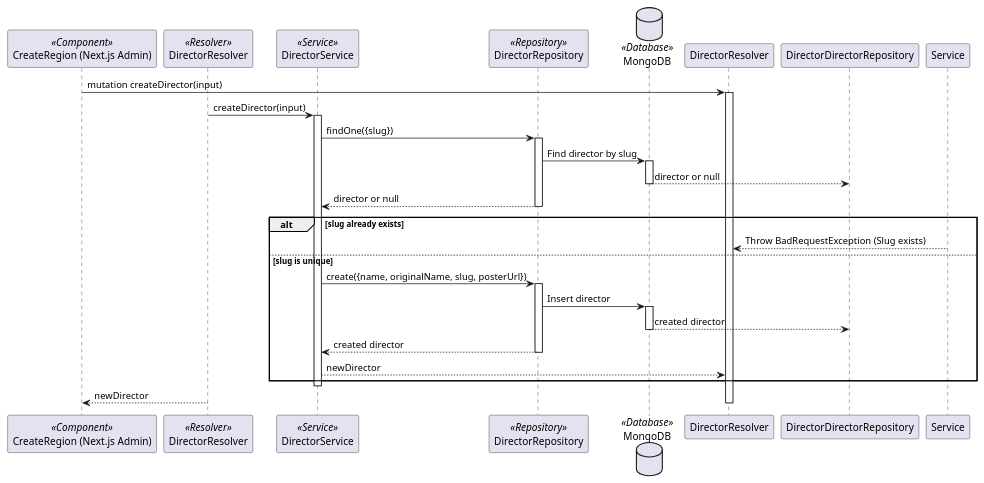
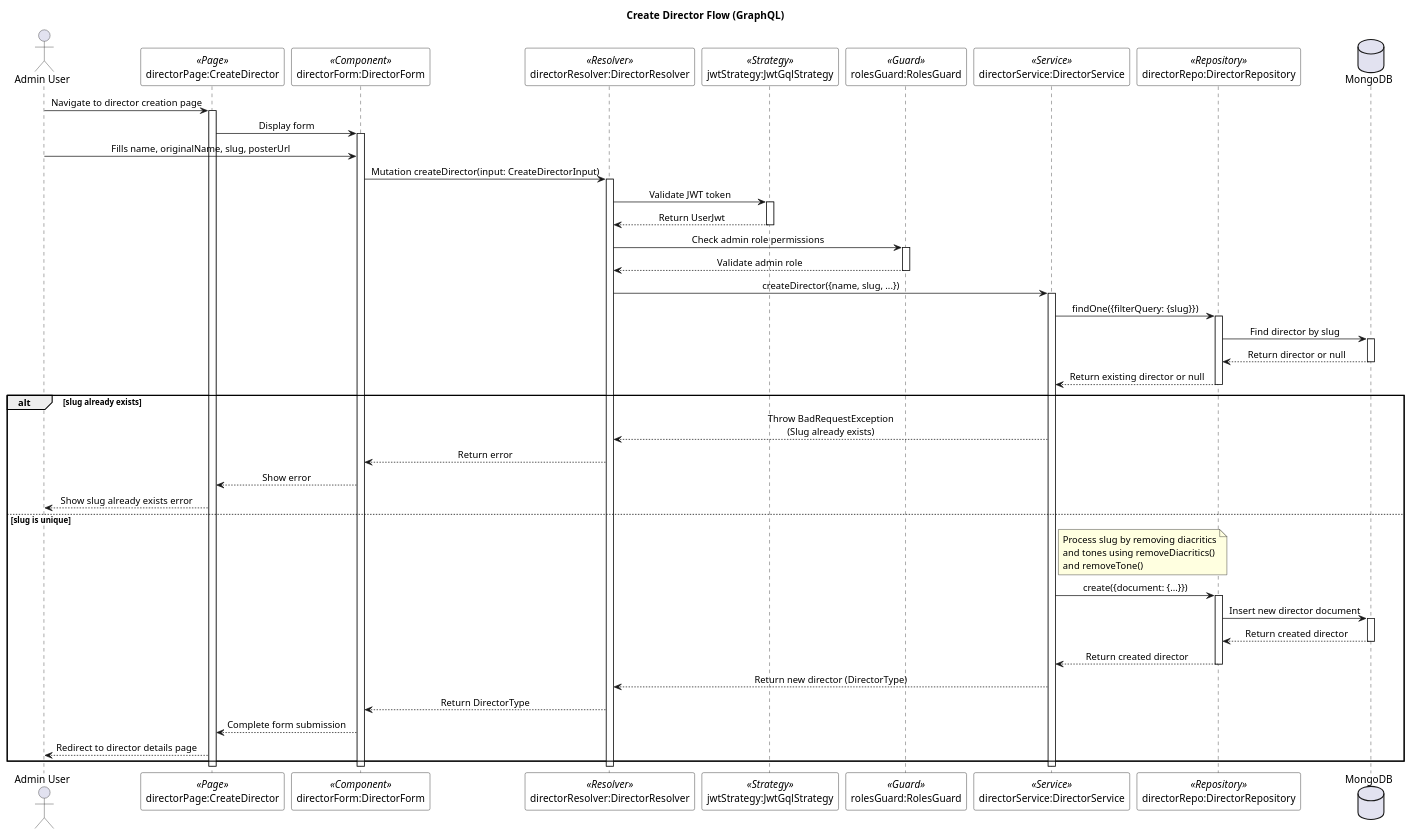
Before and after one commit to lehuygiang28/vphim: the diagram in documents/diagram/sequences/directors/create-director.puml, drawn with PlantUML. The commit also changed 5 other files, not shown here.

First line of the commit message:
refactor(diagrams/sequences/directors): 🛠️ update director management flow diagrams

```diff
--- a/documents/diagram/sequences/directors/create-director.puml
+++ b/documents/diagram/sequences/directors/create-director.puml
@@ -1,39 +1,88 @@
 @startuml Create Director Flow
 
-' Stereotypes: <<Component>>, <<Resolver>>, <<Service>>, <<Repository>>, <<Database>>
-participant "CreateRegion (Next.js Admin)" as CreateRegion <<Component>>
-participant "DirectorResolver" as Resolver <<Resolver>>
-participant "DirectorService" as DirectorService <<Service>>
-participant "DirectorRepository" as DirectorRepository <<Repository>>
-database "MongoDB" as DB <<Database>>
+skinparam SequenceMessageAlignment center
+skinparam SequenceBoxBackgroundColor white
+skinparam SequenceBoxBorderColor black
+skinparam NoteBackgroundColor lightyellow
+skinparam NoteBorderColor black
+skinparam ParticipantBackgroundColor white
+skinparam ParticipantBorderColor black
 
-CreateRegion -> DirectorResolver: mutation createDirector(input)
-activate DirectorResolver
-Resolver -> DirectorService: createDirector(input)
-activate DirectorService
-DirectorService -> DirectorRepository: findOne({slug})
-activate DirectorRepository
-DirectorRepository -> DB: Find director by slug
-activate DB
-DB --> DirectorDirectorRepository: director or null
-deactivate DB
-DirectorRepository --> DirectorService: director or null
-deactivate DirectorRepository
+title Create Director Flow (GraphQL)
+
+actor "Admin User" as adminUser
+participant "directorPage:CreateDirector" as directorPage <<Page>>
+participant "directorForm:DirectorForm" as directorForm <<Component>>
+participant "directorResolver:DirectorResolver" as directorResolver <<Resolver>>
+participant "jwtStrategy:JwtGqlStrategy" as jwtStrategy <<Strategy>>
+participant "rolesGuard:RolesGuard" as rolesGuard <<Guard>>
+participant "directorService:DirectorService" as directorService <<Service>>
+participant "directorRepo:DirectorRepository" as directorRepo <<Repository>>
+database "MongoDB" as mongoDB
+
+adminUser -> directorPage : Navigate to director creation page
+activate directorPage
+
+directorPage -> directorForm : Display form
+activate directorForm
+
+adminUser -> directorForm : Fills name, originalName, slug, posterUrl
+
+directorForm -> directorResolver : Mutation createDirector(input: CreateDirectorInput)
+activate directorResolver
+
+directorResolver -> jwtStrategy : Validate JWT token
+activate jwtStrategy
+jwtStrategy --> directorResolver : Return UserJwt
+deactivate jwtStrategy
+
+directorResolver -> rolesGuard : Check admin role permissions
+activate rolesGuard
+rolesGuard --> directorResolver : Validate admin role
+deactivate rolesGuard
+
+directorResolver -> directorService : createDirector({name, slug, ...})
+activate directorService
+
+directorService -> directorRepo : findOne({filterQuery: {slug}})
+activate directorRepo
+directorRepo -> mongoDB : Find director by slug
+activate mongoDB
+mongoDB --> directorRepo : Return director or null
+deactivate mongoDB
+directorRepo --> directorService : Return existing director or null
+deactivate directorRepo
+
 alt slug already exists
-    Service --> DirectorResolver: Throw BadRequestException (Slug exists)
+    directorService --> directorResolver : Throw BadRequestException\n(Slug already exists)
+    directorResolver --> directorForm : Return error
+    directorForm --> directorPage : Show error
+    directorPage --> adminUser : Show slug already exists error
 else slug is unique
-    DirectorService -> DirectorRepository: create({name, originalName, slug, posterUrl})
-    activate DirectorRepository
-    DirectorRepository -> DB: Insert director
-    activate DB
-    DB --> DirectorDirectorRepository: created director
-    deactivate DB
-    DirectorRepository --> DirectorService: created director
-    deactivate DirectorRepository
-    DirectorService --> DirectorResolver: newDirector
+    note right of directorService
+        Process slug by removing diacritics
+        and tones using removeDiacritics()
+        and removeTone()
+    end note
+
+    directorService -> directorRepo : create({document: {...}})
+    activate directorRepo
+    directorRepo -> mongoDB : Insert new director document
+    activate mongoDB
+    mongoDB --> directorRepo : Return created director
+    deactivate mongoDB
+    directorRepo --> directorService : Return created director
+    deactivate directorRepo
+
+    directorService --> directorResolver : Return new director (DirectorType)
+    directorResolver --> directorForm : Return DirectorType
+    directorForm --> directorPage : Complete form submission
+    directorPage --> adminUser : Redirect to director details page
 end
-deactivate DirectorService
-Resolver --> CreateRegion: newDirector
-deactivate DirectorResolver
+
+deactivate directorService
+deactivate directorResolver
+deactivate directorForm
+deactivate directorPage
 
 @enduml
```
